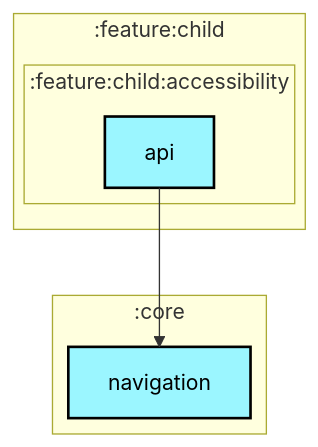
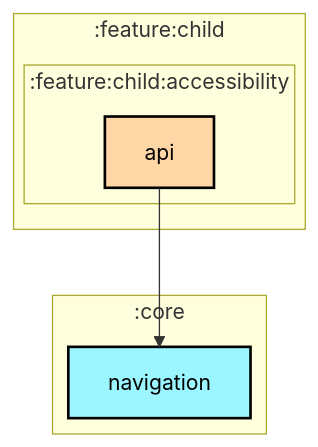
One commit to jadavchirag/jadavchirag changed the first of 2 diagrams in architecture/ParentalControlApps/feature/child/accessibility/api/README.md. Above: the diagram before and after it, drawn with Mermaid. The commit also changed 26 other files, not shown here.

Commit message:
fixed feature module colors in graphs

````diff
--- a/architecture/ParentalControlApps/feature/child/accessibility/api/README.md
+++ b/architecture/ParentalControlApps/feature/child/accessibility/api/README.md
@@ -6,29 +6,29 @@
 ```mermaid
 ---
 config:
   layout: elk
   elk:
     nodePlacementStrategy: SIMPLE
 ---
 graph TB
   subgraph :feature:child
     direction TB
     subgraph :feature:child:accessibility
       direction TB
-      :feature:child:accessibility:api[api]:::android-library
+      :feature:child:accessibility:api[api]:::android-feature
     end
   end
   subgraph :core
     direction TB
     :core:navigation[navigation]:::android-library
   end
 
   :feature:child:accessibility:api --> :core:navigation
 
 classDef android-application fill:#CAFFBF,stroke:#000,stroke-width:2px,color:#000;
 classDef android-feature fill:#FFD6A5,stroke:#000,stroke-width:2px,color:#000;
 classDef android-library fill:#9BF6FF,stroke:#000,stroke-width:2px,color:#000;
 classDef android-test fill:#A0C4FF,stroke:#000,stroke-width:2px,color:#000;
 classDef jvm-library fill:#BDB2FF,stroke:#000,stroke-width:2px,color:#000;
 classDef unknown fill:#FFADAD,stroke:#000,stroke-width:2px,color:#000;
 ```
````
